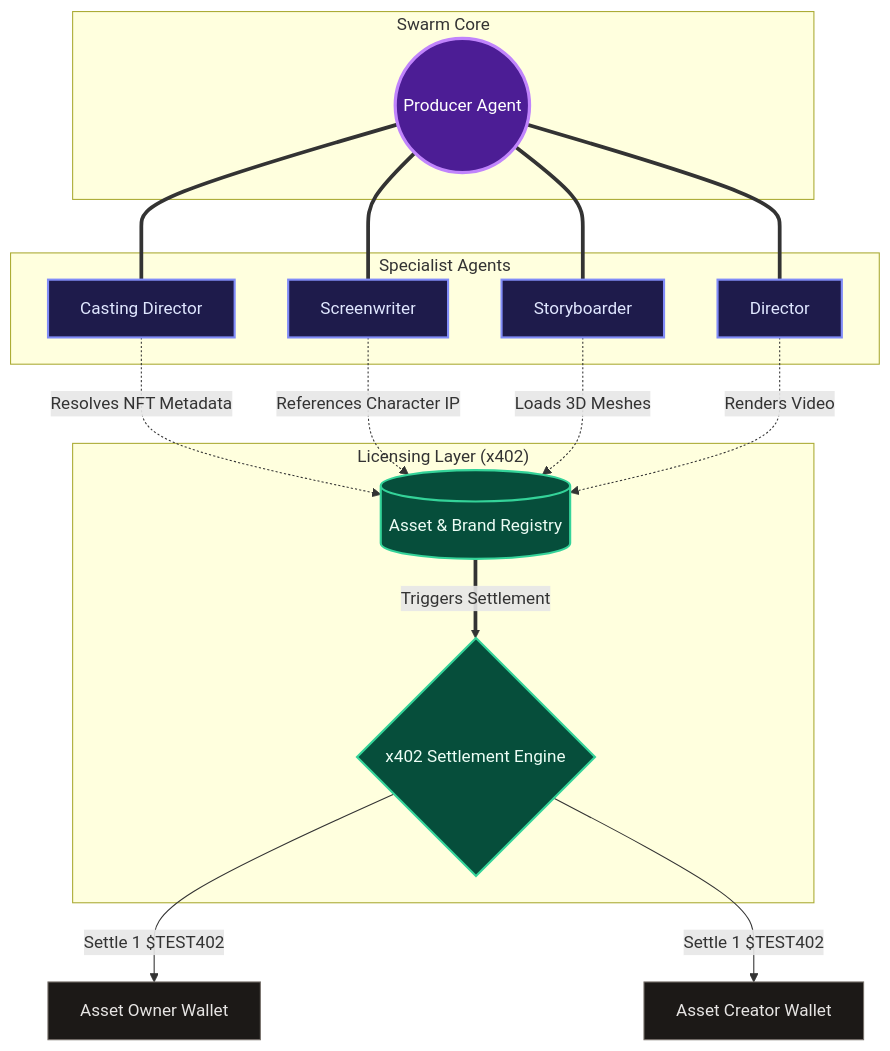
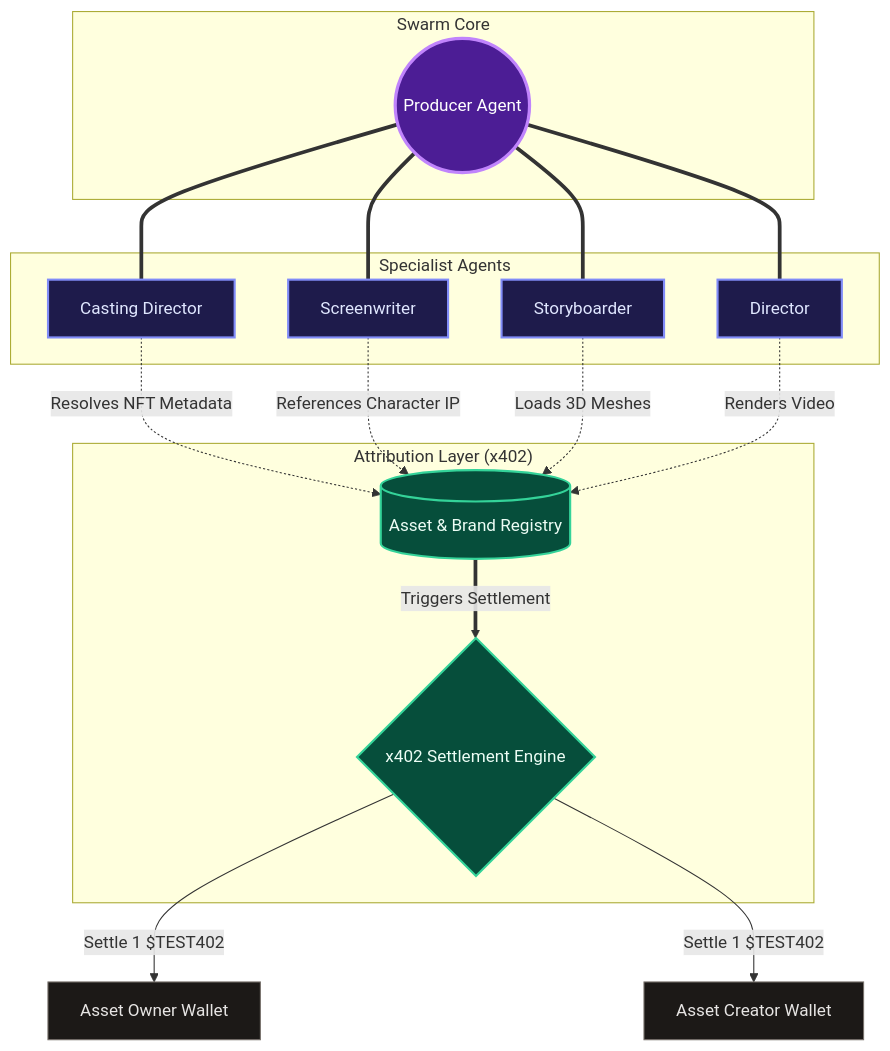
Before and after one commit to minds-monster/nft-video-gen: the diagram in README.md, drawn with Mermaid. The commit also changed other lines of this file, not shown here.

Commit message:
docs: rename licensing references to attribution in README

````diff
--- a/README.md
+++ b/README.md
@@ -29,56 +29,56 @@
 ```mermaid
 graph TB
     %% Styling
     classDef producer fill:#4c1d95,stroke:#c084fc,stroke-width:3px,color:#fff;
     classDef agent fill:#1e1b4b,stroke:#818cf8,stroke-width:2px,color:#e0e7ff;
     classDef protocol fill:#064e3b,stroke:#34d399,stroke-width:2px,color:#ecfdf5;
     classDef actor fill:#1c1917,stroke:#78716c,stroke-width:1px,color:#e7e5e4;
 
     %% Nodes
     Producer(("Producer Agent")):::producer
     
     Casting["Casting Director"]:::agent
     Screenwriter["Screenwriter"]:::agent
     Storyboarder["Storyboarder"]:::agent
     Director["Director"]:::agent
 
     AssetRegistry[("Asset & Brand Registry")]:::protocol
     X402{"x402 Settlement Engine"}:::protocol
 
     Owner["Asset Owner Wallet"]:::actor
     Creator["Asset Creator Wallet"]:::actor
 
     %% Connections - Orchestration
     Producer === Casting
     Producer === Screenwriter
     Producer === Storyboarder
     Producer === Director
 
     %% Connections - Asset Queries & x402 Settlements
     Casting -.-> |"Resolves NFT Metadata"| AssetRegistry
     Screenwriter -.-> |"References Character IP"| AssetRegistry
     Storyboarder -.-> |"Loads 3D Meshes"| AssetRegistry
     Director -.-> |"Renders Video"| AssetRegistry
 
     AssetRegistry ==> |"Triggers Settlement"| X402
     
     X402 --> |"Settle 1 $TEST402"| Owner
     X402 --> |"Settle 1 $TEST402"| Creator
 
     %% Subgraph layouts
     subgraph swarm_core ["Swarm Core"]
         Producer
     end
 
     subgraph specialist_agents ["Specialist Agents"]
         Casting
         Screenwriter
         Storyboarder
         Director
     end
 
-    subgraph licensing_layer ["Licensing Layer (x402)"]
+    subgraph attribution_layer ["Attribution Layer (x402)"]
         AssetRegistry
         X402
     end
 ```
````
